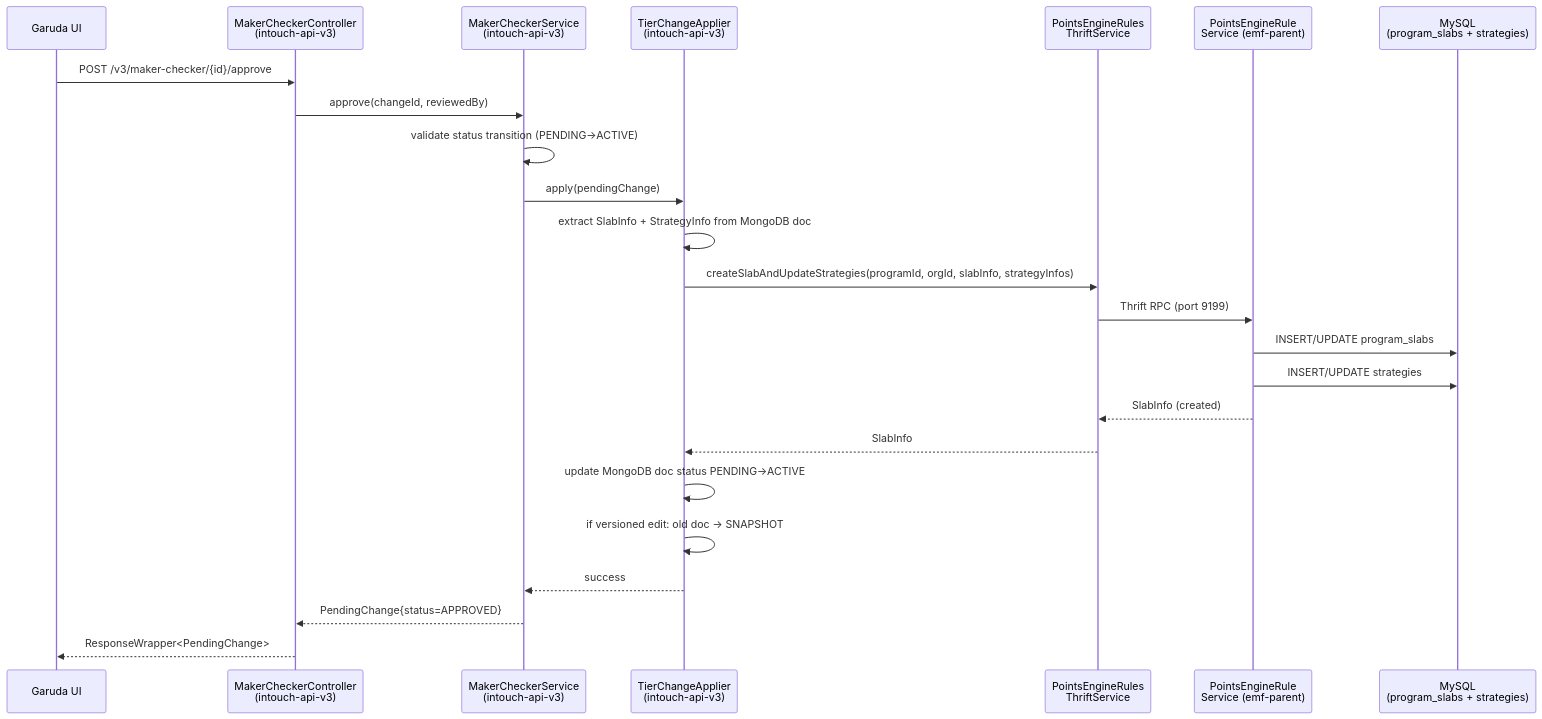
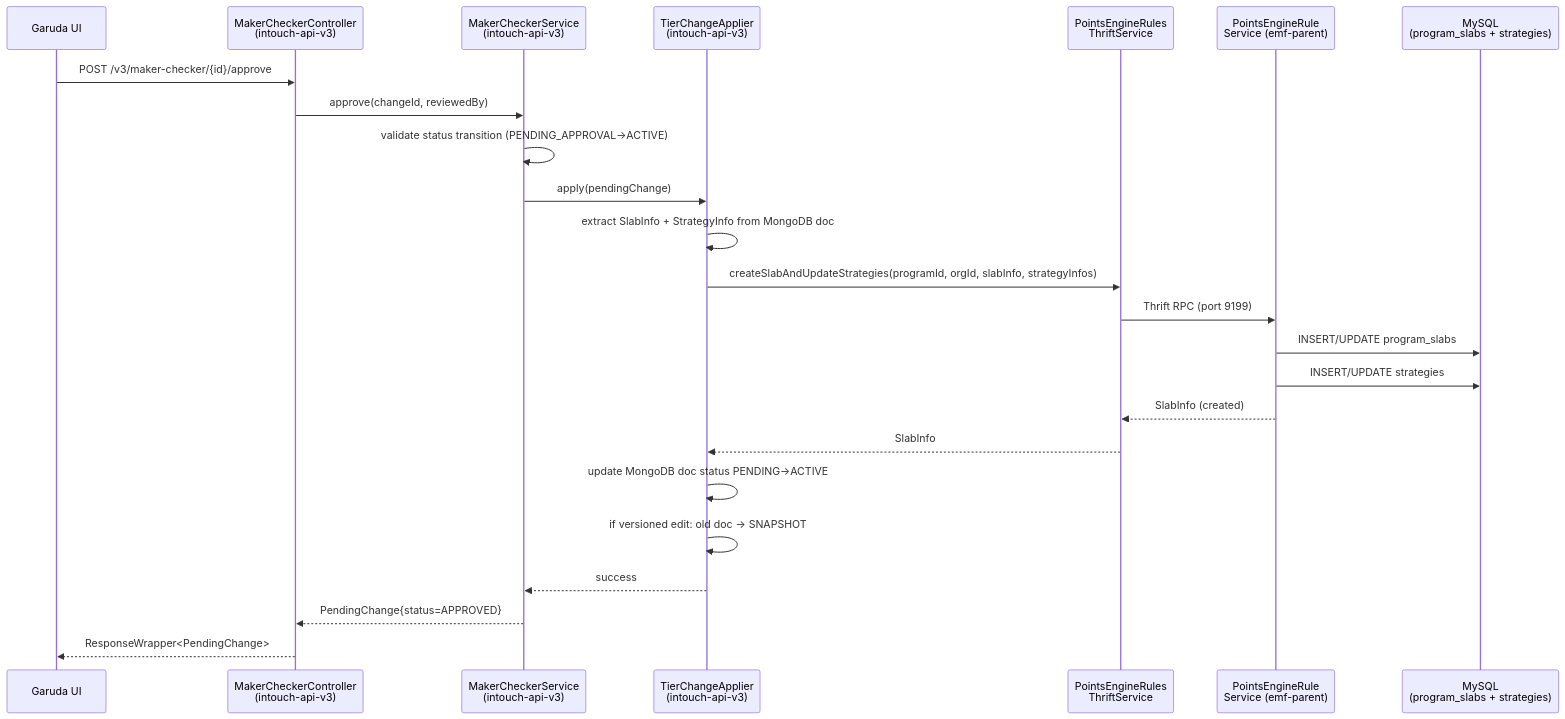
One commit to BaljeetSinghCapillaryTech/kalpavriksha changed the second of 5 diagrams in docs/pipeline/tier/cross-repo-trace.md. Above: the diagram before and after it, drawn with Mermaid. The commit also changed other lines of this file and 9 other files, not shown here.

````diff
--- a/docs/pipeline/tier/cross-repo-trace.md
+++ b/docs/pipeline/tier/cross-repo-trace.md
@@ -37,27 +37,27 @@
 ```mermaid
 sequenceDiagram
     participant UI as Garuda UI
     participant MCC as MakerCheckerController<br/>(intouch-api-v3)
     participant MCS as MakerCheckerService<br/>(intouch-api-v3)
     participant TCA as TierChangeApplier<br/>(intouch-api-v3)
     participant PERTS as PointsEngineRules<br/>ThriftService
     participant EMF as PointsEngineRule<br/>Service (emf-parent)
     participant DB as MySQL<br/>(program_slabs + strategies)
     
     UI->>MCC: POST /v3/maker-checker/{id}/approve
     MCC->>MCS: approve(changeId, reviewedBy)
-    MCS->>MCS: validate status transition (PENDING->ACTIVE)
+    MCS->>MCS: validate status transition (PENDING_APPROVAL->ACTIVE)
     MCS->>TCA: apply(pendingChange)
     TCA->>TCA: extract SlabInfo + StrategyInfo from MongoDB doc
     TCA->>PERTS: createSlabAndUpdateStrategies(programId, orgId, slabInfo, strategyInfos)
     PERTS->>EMF: Thrift RPC (port 9199)
     EMF->>DB: INSERT/UPDATE program_slabs
     EMF->>DB: INSERT/UPDATE strategies
     EMF-->>PERTS: SlabInfo (created)
     PERTS-->>TCA: SlabInfo
     TCA->>TCA: update MongoDB doc status PENDING->ACTIVE
     TCA->>TCA: if versioned edit: old doc -> SNAPSHOT
     TCA-->>MCS: success
     MCS-->>MCC: PendingChange{status=APPROVED}
     MCC-->>UI: ResponseWrapper<PendingChange>
 ```
````
